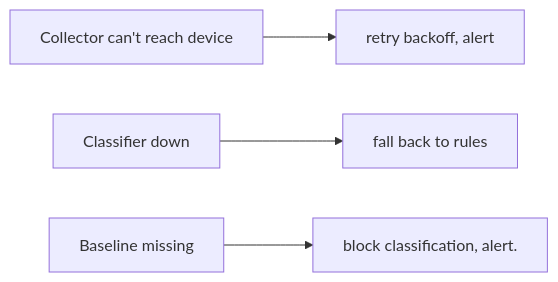
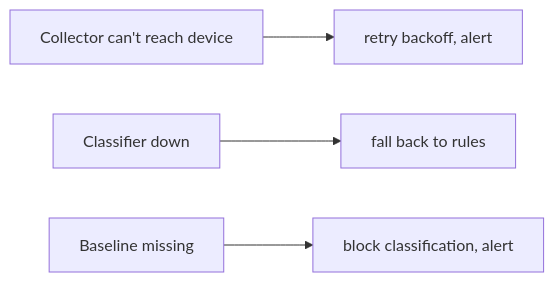
The third of 3 diagrams in case-studies/network-ai-systems/configuration-drift-detection.md (RIT-MESH/system-design-mastery), drawn with Mermaid before and after one commit. The commit also changed other lines of this file and 215 other files, not shown here.

First line of the commit message:
Complete all remaining work: expand case studies, add 13 AI case studies, fix diagrams, status to Complete

````diff
--- a/case-studies/network-ai-systems/configuration-drift-detection.md
+++ b/case-studies/network-ai-systems/configuration-drift-detection.md
@@ -32,13 +38,13 @@
 ```mermaid
-%% origin: original to system-design-mastery
+%% created-for: system-design-mastery
 flowchart LR
   C1["Collector can't reach device"]
   R2["retry backoff, alert"]
   C1 --> R2
   C3["Classifier down"]
   R4["fall back to rules"]
   C3 --> R4
   C5["Baseline missing"]
-  R6["block classification, alert."]
+  R6["block classification, alert"]
   C5 --> R6
 ```
````
